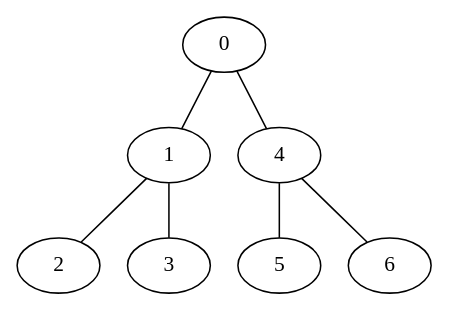
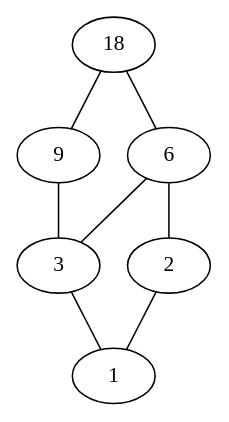
Before and after one commit to tea-with-lemon/IU9: the diagram in test3.dot, drawn with Graphviz. The commit also changed 5 other files, not shown here.

```diff
--- a/test3.dot
+++ b/test3.dot
@@ -1,14 +1,15 @@
-strict graph {
-0 -- 1
-0 -- 4
-1 -- 0
-1 -- 2
-1 -- 3
-2 -- 1
-3 -- 1
-4 -- 0
-4 -- 5
-4 -- 6
-5 -- 4
-6 -- 4
+graph {
+    18
+    9
+    6
+    3
+    2
+    1
+    18 -- 9
+    18 -- 6
+    9 -- 3
+    6 -- 3
+    6 -- 2
+    3 -- 1
+    2 -- 1
 }
```
